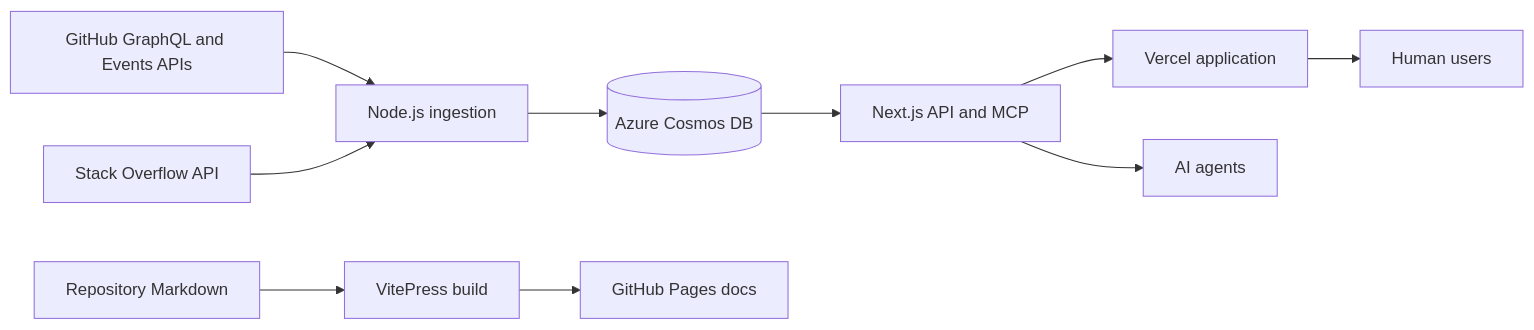
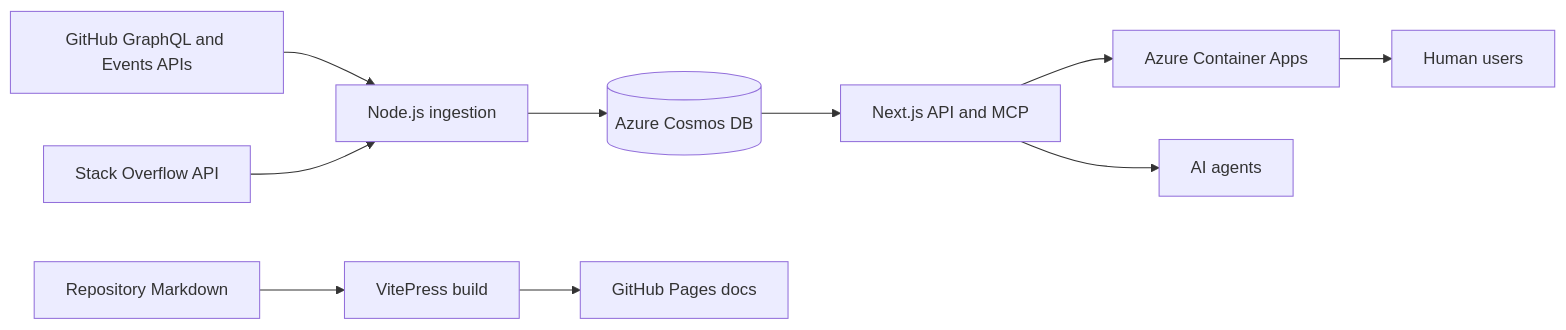
One commit to HereIsMuhammad/devglobe changed the diagram in docs-site/reference/architecture.md. Above: the diagram before and after it, drawn with Mermaid. The commit also changed other lines of this file and 8 other files, not shown here.

````diff
--- a/docs-site/reference/architecture.md
+++ b/docs-site/reference/architecture.md
@@ -10,12 +10,12 @@
 ```mermaid
 flowchart LR
   GH[GitHub GraphQL and Events APIs] --> P[Node.js ingestion]
   SO[Stack Overflow API] --> P
   P --> C[(Azure Cosmos DB)]
   C --> N[Next.js API and MCP]
-  N --> V[Vercel application]
-  V --> H[Human users]
+  N --> CA[Azure Container Apps]
+  CA --> H[Human users]
   N --> A[AI agents]
   R[Repository Markdown] --> VP[VitePress build]
   VP --> GP[GitHub Pages docs]
 ```
````
